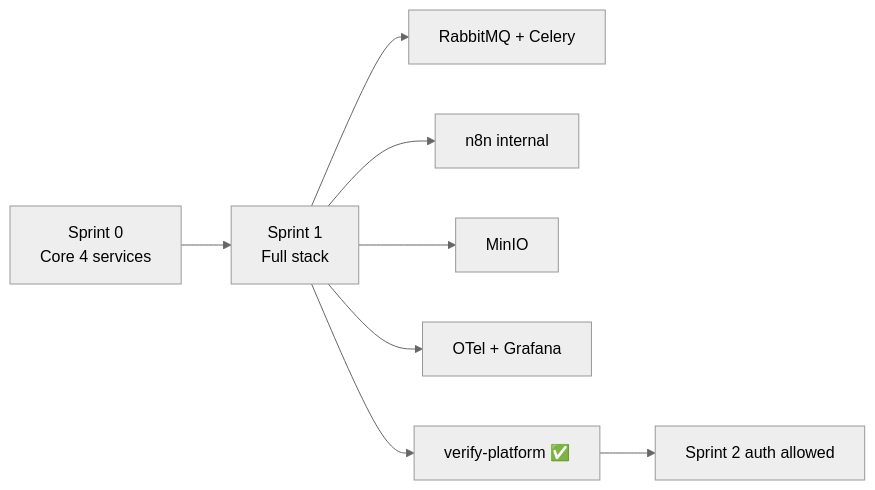
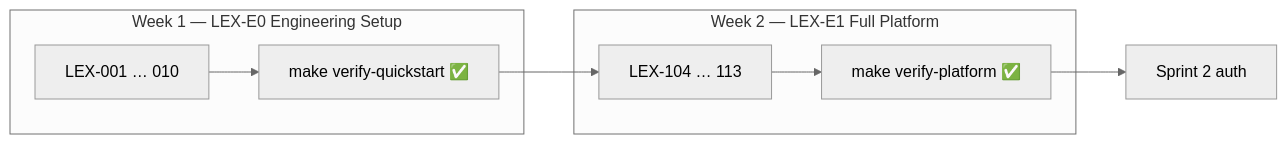
The diagram in docs/17-sprint-planning/sprint-01-infrastructure.md (abhishekthatguy/luxflow-ai), drawn with Mermaid (neutral theme) before and after one commit. The commit also changed other lines of this file and 44 other files, not shown here.

First line of the commit message:
Initialize project structure for LexFlow AI with core components

````diff
--- a/docs/17-sprint-planning/sprint-01-infrastructure.md
+++ b/docs/17-sprint-planning/sprint-01-infrastructure.md
@@ -17,10 +14,13 @@
 ```mermaid
 flowchart LR
-    S0[Sprint 0<br/>Core 4 services] --> S1[Sprint 1<br/>Full stack]
-    S1 --> RMQ[RabbitMQ + Celery]
-    S1 --> N8N[n8n internal]
-    S1 --> S3[MinIO]
-    S1 --> OBS[OTel + Grafana]
-    S1 --> GATE[verify-platform ✅]
-    GATE --> S2[Sprint 2 auth allowed]
+    subgraph Week1["Week 1 — LEX-E0 Engineering Setup"]
+        P1[LEX-001 … 010]
+        P1 --> Q[make verify-quickstart ✅]
+    end
+    subgraph Week2["Week 2 — LEX-E1 Full Platform"]
+        P2[LEX-104 … 113]
+        P2 --> G[make verify-platform ✅]
+    end
+    Q --> P2
+    G --> S2[Sprint 2 auth]
 ```
````
